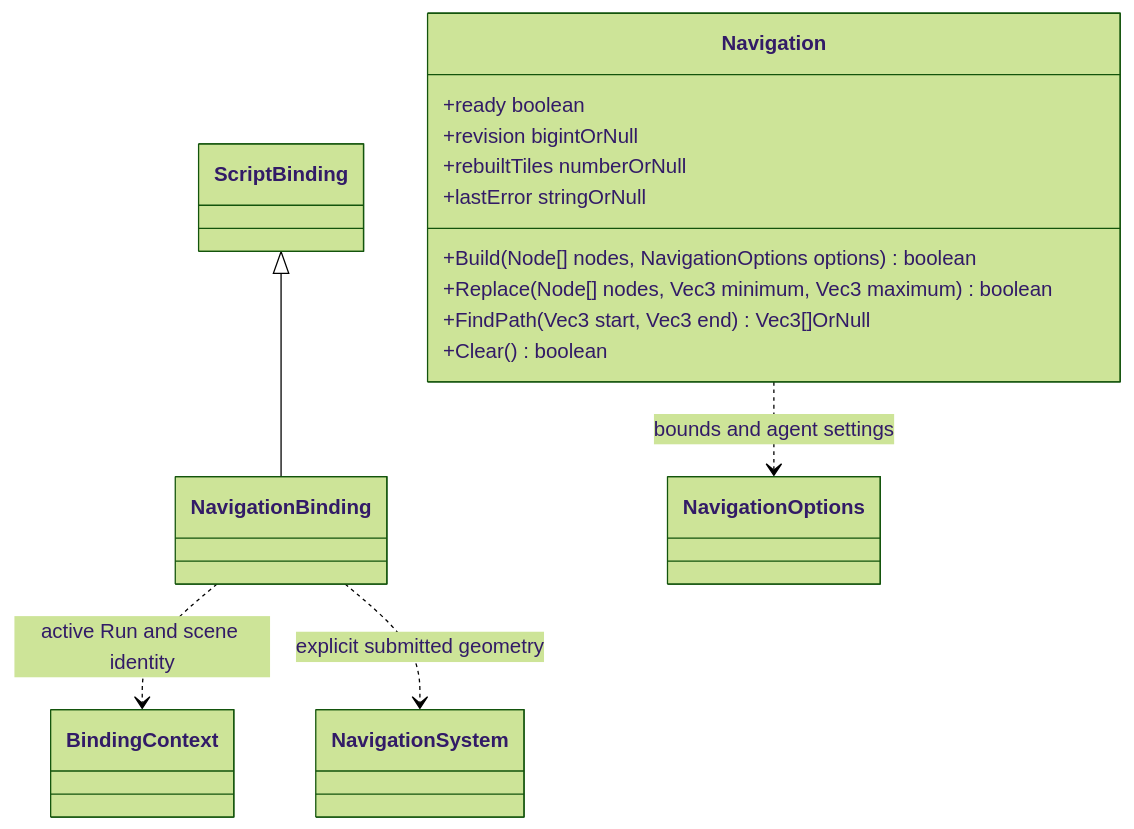
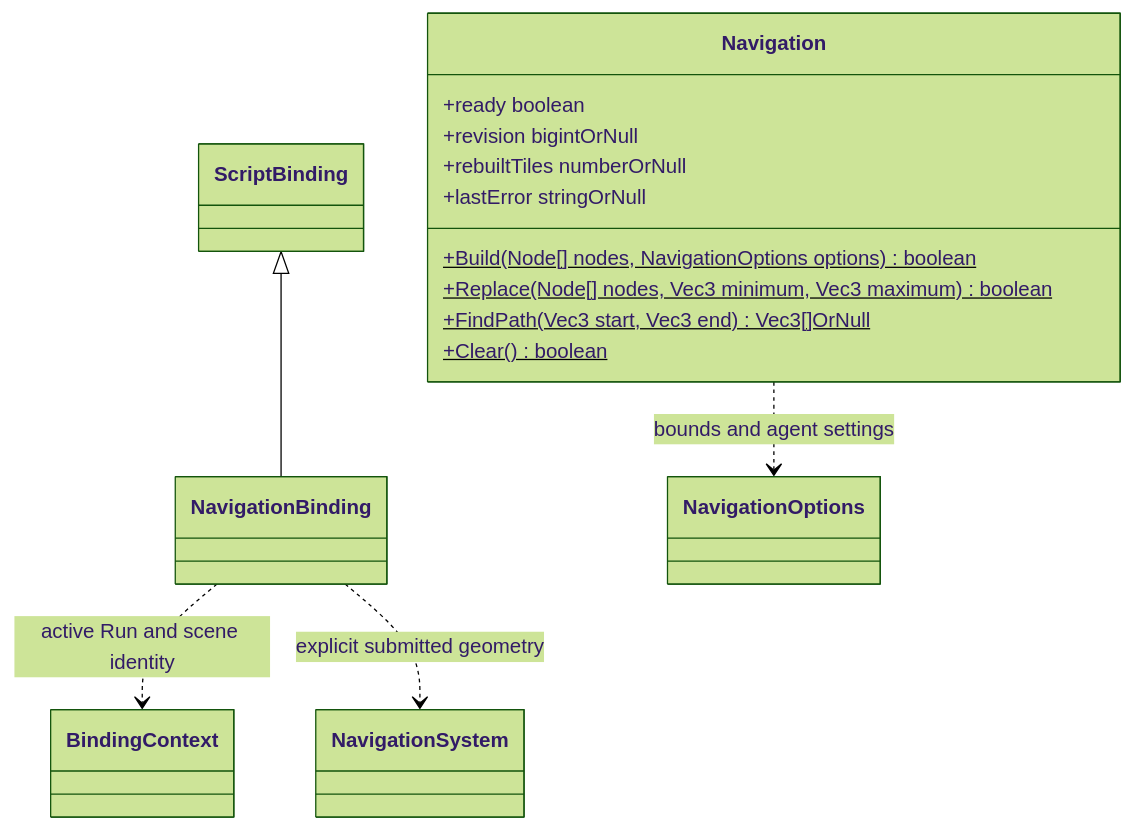
Before and after one commit to lcals/Engine: the first of 2 diagrams in docs/plugins/runtime/class-diagrams/navigation-script-api.md, drawn with Mermaid (forest theme). The commit also changed 222 other files, not shown here.

Commit message:
Consolidate editor asset imports and align architecture documentation

````diff
--- a/docs/plugins/runtime/class-diagrams/navigation-script-api.md
+++ b/docs/plugins/runtime/class-diagrams/navigation-script-api.md
@@ -5,22 +5,22 @@
 ```mermaid
 classDiagram
 class Navigation {
-+Build(Node[] nodes, NavigationOptions options) boolean
-+Replace(Node[] nodes, Vec3 minimum, Vec3 maximum) boolean
-+FindPath(Vec3 start, Vec3 end) Vec3[]OrNull
-+Clear() boolean
++Build(Node[] nodes, NavigationOptions options) boolean$
++Replace(Node[] nodes, Vec3 minimum, Vec3 maximum) boolean$
++FindPath(Vec3 start, Vec3 end) Vec3[]OrNull$
++Clear() boolean$
 +ready boolean
 +revision bigintOrNull
 +rebuiltTiles numberOrNull
 +lastError stringOrNull
 }
 class NavigationBinding
 class ScriptBinding
 class BindingContext
 class NavigationSystem
 class NavigationOptions
 ScriptBinding <|-- NavigationBinding
 NavigationBinding ..> BindingContext : active Run and scene identity
 NavigationBinding ..> NavigationSystem : explicit submitted geometry
 Navigation ..> NavigationOptions : bounds and agent settings
 ```
````
